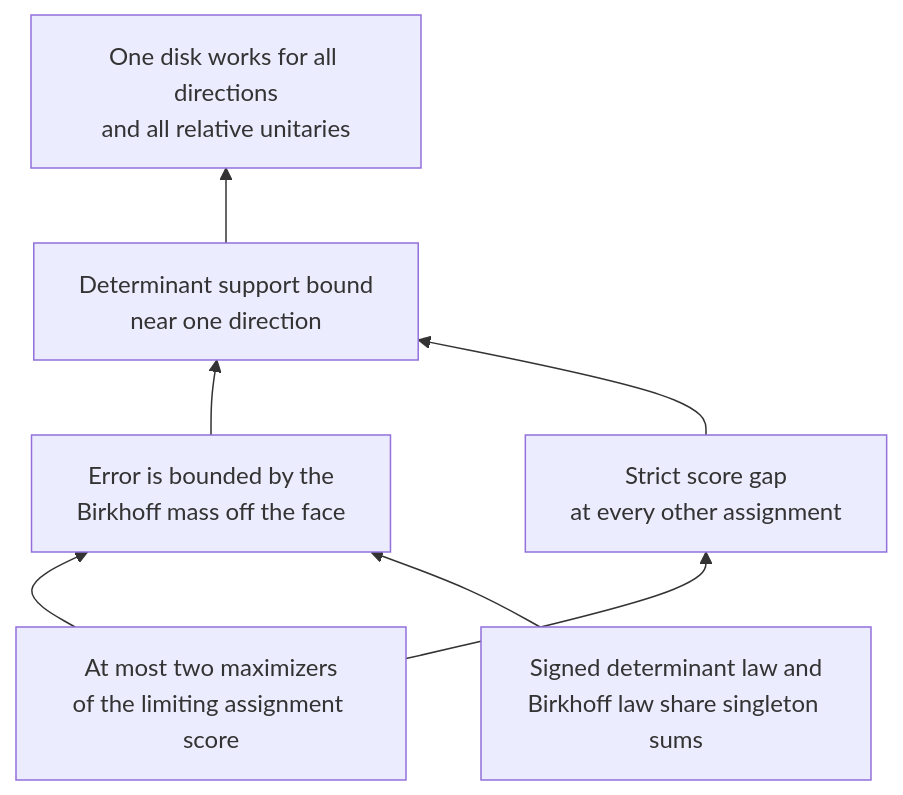
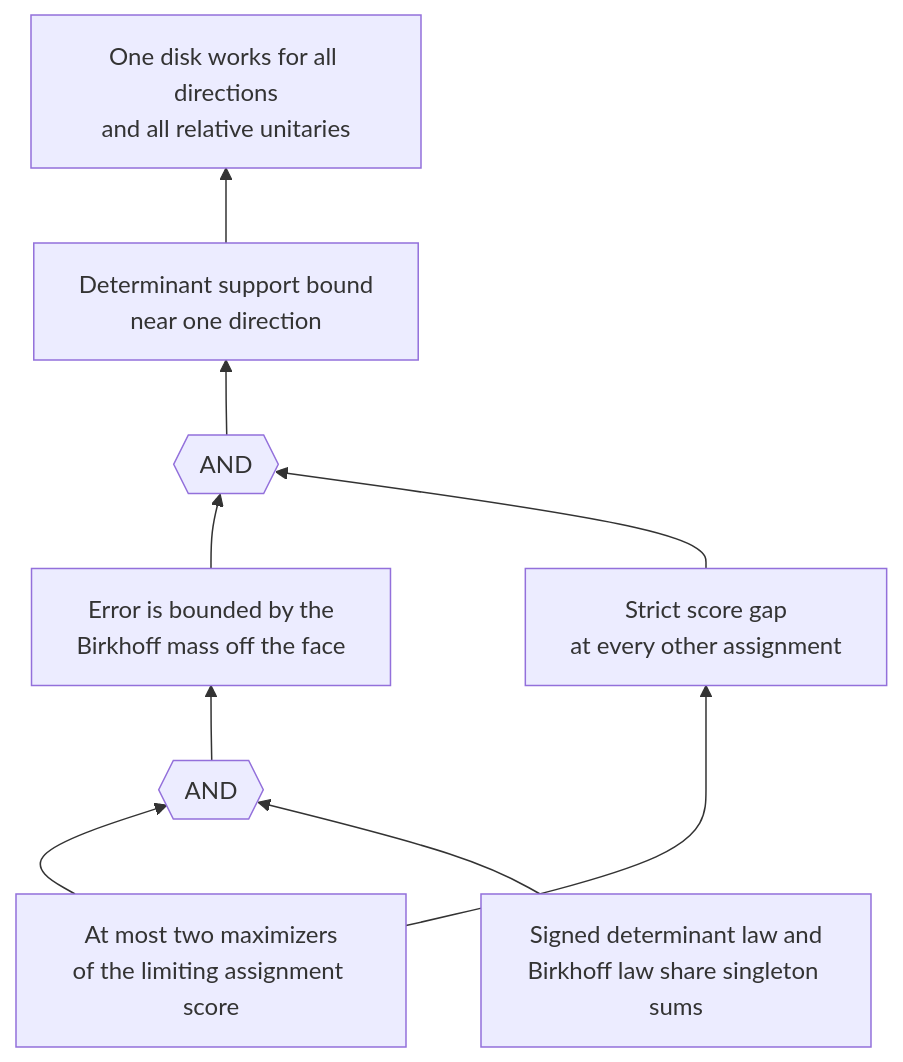
One commit to ascendnoosphere/MOC changed the diagram in Docs/small-spectral-perturbation-proof-map.md. Above: the diagram before and after it, drawn with Mermaid. The commit also changed other lines of this file and 148 other files, not shown here.

````diff
--- a/Docs/small-spectral-perturbation-proof-map.md
+++ b/Docs/small-spectral-perturbation-proof-map.md
@@ -50,15 +54,19 @@
 ```mermaid
 flowchart BT
     Assignment["At most two maximizers<br/>of the limiting assignment score"]
     Law["Signed determinant law and<br/>Birkhoff law share singleton sums"]
     Error["Error is bounded by the<br/>Birkhoff mass off the face"]
     Gap["Strict score gap<br/>at every other assignment"]
     Direction["Determinant support bound<br/>near one direction"]
     Uniform["One disk works for all directions<br/>and all relative unitaries"]
-    Assignment --> Error
-    Law --> Error
+    Both{{"AND"}}
+    Local{{"AND"}}
+    Assignment --> Both
+    Law --> Both
+    Both --> Error
     Assignment --> Gap
-    Error --> Direction
-    Gap --> Direction
+    Error --> Local
+    Gap --> Local
+    Local --> Direction
     Direction --> Uniform
 ```
````
